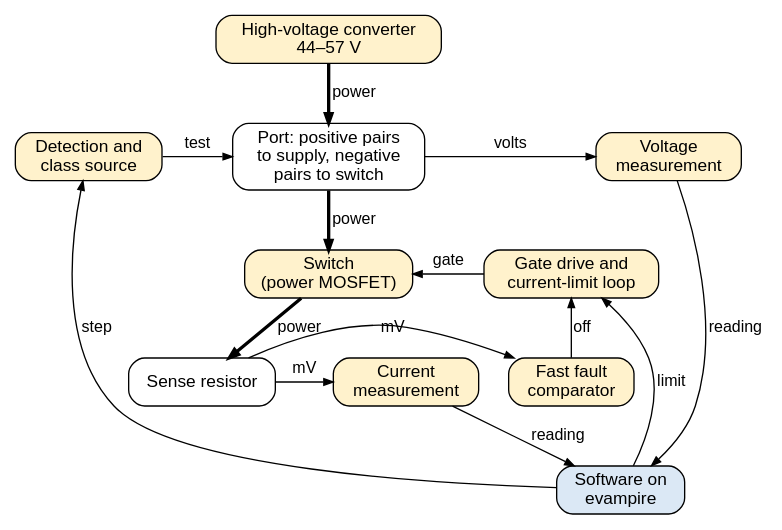
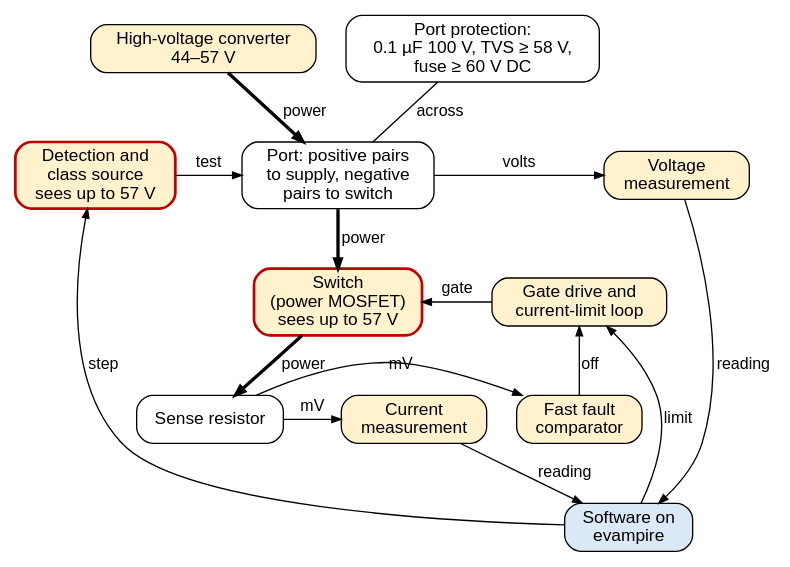
The diagram in docs/power/poe/pse-controller.dot (mithro/evampire), drawn with Graphviz before and after one commit.

Commit message:
Mark port protection and full-voltage blocks on the PSE channel

```diff
--- a/docs/power/poe/pse-controller.dot
+++ b/docs/power/poe/pse-controller.dot
@@ -1,46 +1,52 @@
 // One channel of power sourcing equipment with its sequence run by
 // evampire's software (low-side switch arrangement). Every edge carries a
 // text label; bold edges carry power, thin edges carry measurements and
 // control.
 //
 // Fill colours: power circuits #fff2cc, evampire #dbe8f5, external parts
-// and connectors #ffffff.
+// and connectors #ffffff. Red outlines mark the blocks that see the full
+// port voltage; the others sit near the supply return.
 //
 // SPDX-License-Identifier: Apache-2.0
 
 digraph pse_channel {
     graph [rankdir=TB, fontname="Helvetica", fontsize=12, nodesep=0.3,
            ranksep=0.45, newrank=true];
     node  [shape=box, style="rounded,filled", fillcolor="#f2f2f2",
            fontname="Helvetica", fontsize=13];
     edge  [fontname="Helvetica", fontsize=12, arrowsize=0.7];
 
     vpwr [label="High-voltage converter\n44–57 V", fillcolor="#fff2cc"];
     port [label="Port: positive pairs\nto supply, negative\npairs to switch", fillcolor="#ffffff"];
-    det  [label="Detection and\nclass source", fillcolor="#fff2cc"];
+    prot [label="Port protection:\n0.1 µF 100 V, TVS ≥ 58 V,\nfuse ≥ 60 V DC", fillcolor="#ffffff"];
+    det  [label="Detection and\nclass source\nsees up to 57 V", fillcolor="#fff2cc",
+          color="#c00000", penwidth=2];
     vmeas [label="Voltage\nmeasurement", fillcolor="#fff2cc"];
-    fet  [label="Switch\n(power MOSFET)", fillcolor="#fff2cc"];
+    fet  [label="Switch\n(power MOSFET)\nsees up to 57 V", fillcolor="#fff2cc",
+          color="#c00000", penwidth=2];
     gate [label="Gate drive and\ncurrent-limit loop", fillcolor="#fff2cc"];
     rsns [label="Sense resistor", fillcolor="#ffffff"];
     imeas [label="Current\nmeasurement", fillcolor="#fff2cc"];
     fast [label="Fast fault\ncomparator", fillcolor="#fff2cc"];
     sw   [label="Software on\nevampire", fillcolor="#dbe8f5"];
 
     { rank=same; port; det; vmeas; }
+    { rank=same; vpwr; prot; }
     { rank=same; fet; gate; }
     { rank=same; rsns; imeas; fast; }
 
     vpwr -> port  [penwidth=2.5, label="power"];
     port -> fet   [penwidth=2.5, label="power"];
     fet  -> rsns  [penwidth=2.5, label="power"];
     det  -> port  [label="test"];
+    prot -> port  [arrowhead=none, label="across"];
     port -> vmeas [label="volts"];
     gate -> fet   [label="gate"];
     rsns -> imeas [label="mV"];
     rsns -> fast  [label="mV"];
     fast -> gate  [label="off"];
     vmeas -> sw   [label="reading"];
     imeas -> sw   [label="reading"];
     sw   -> det   [label="step"];
     sw   -> gate  [label="limit"];
 }
```
